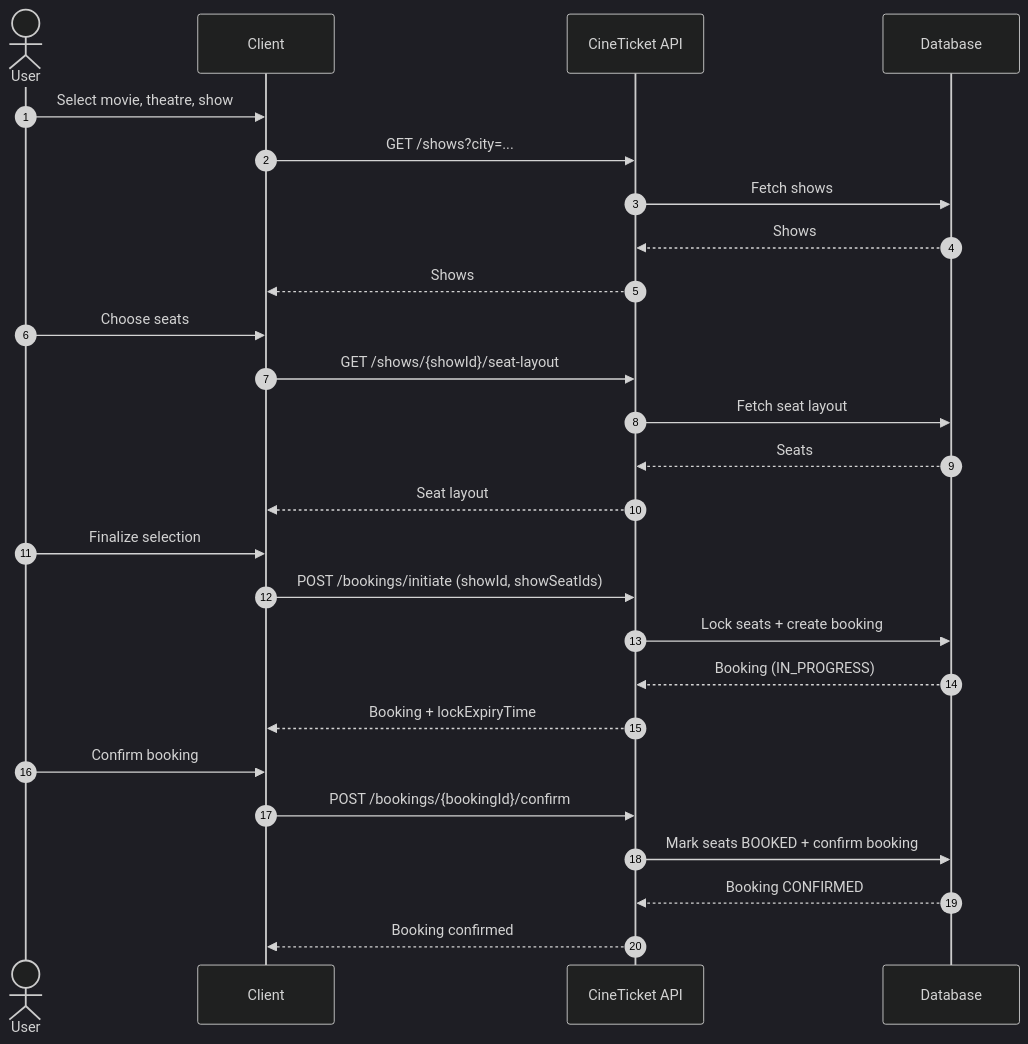
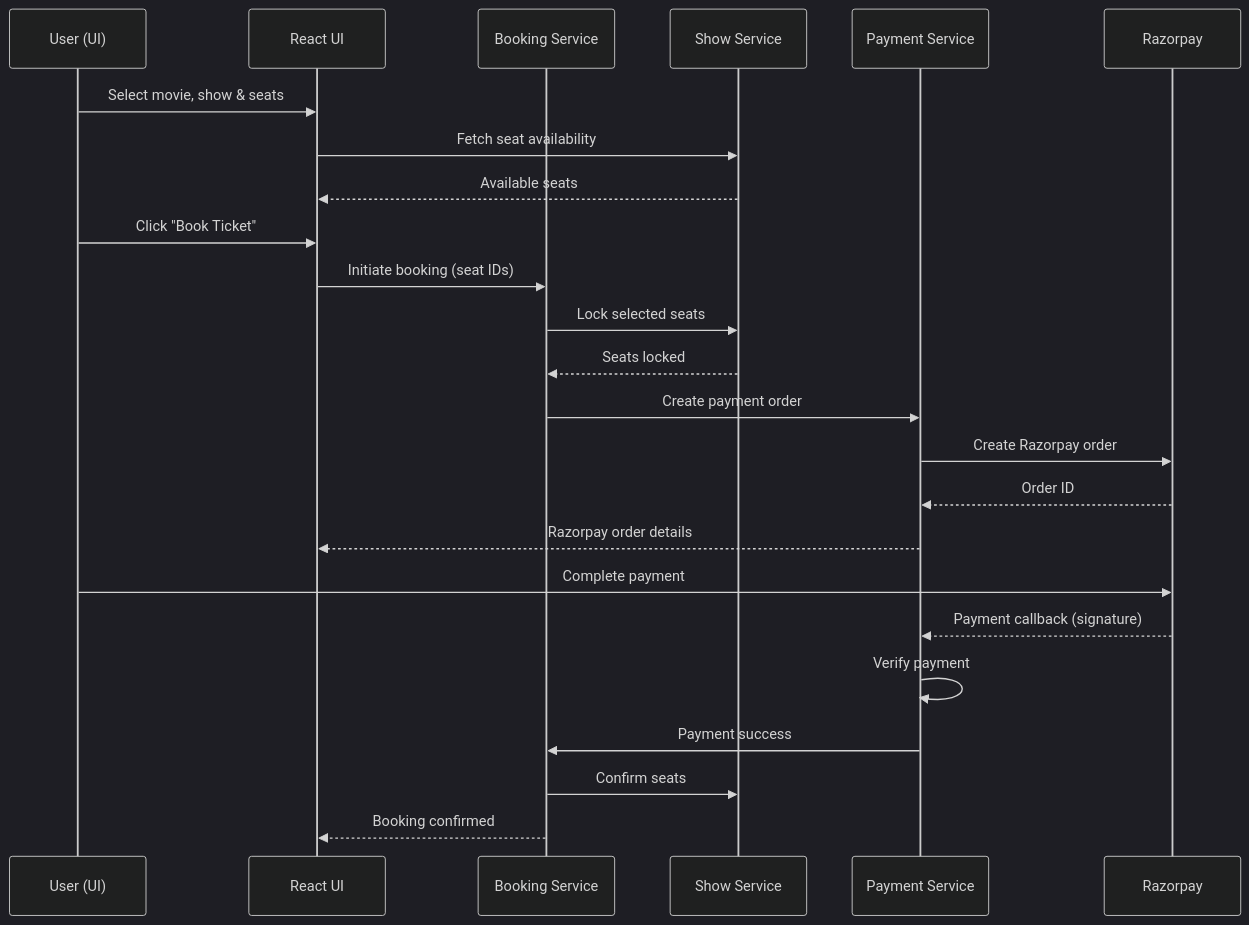
One commit to SameepHedaoo/CineTicket changed the first of 2 diagrams in README.md. Above: the diagram before and after it, drawn with Mermaid (dark theme). The commit also changed other lines of this file, not shown here.

````diff
--- a/README.md
+++ b/README.md
@@ -73,32 +77,31 @@
 ```mermaid
 sequenceDiagram
-    autonumber
-    actor User
-    participant Client
-    participant API as CineTicket API
-    participant DB as Database
+    participant U as User (UI)
+    participant UI as React UI
+    participant B as Booking Service
+    participant S as Show Service
+    participant P as Payment Service
+    participant R as Razorpay
 
-    User->>Client: Select movie, theatre, show
-    Client->>API: GET /shows?city=...
-    API->>DB: Fetch shows
-    DB-->>API: Shows
-    API-->>Client: Shows
+    U->>UI: Select movie, show & seats
+    UI->>S: Fetch seat availability
+    S-->>UI: Available seats
 
-    User->>Client: Choose seats
-    Client->>API: GET /shows/{showId}/seat-layout
-    API->>DB: Fetch seat layout
-    DB-->>API: Seats
-    API-->>Client: Seat layout
+    U->>UI: Click "Book Ticket"
+    UI->>B: Initiate booking (seat IDs)
+    B->>S: Lock selected seats
+    S-->>B: Seats locked
 
-    User->>Client: Finalize selection
-    Client->>API: POST /bookings/initiate (showId, showSeatIds)
-    API->>DB: Lock seats + create booking
-    DB-->>API: Booking (IN_PROGRESS)
-    API-->>Client: Booking + lockExpiryTime
+    B->>P: Create payment order
+    P->>R: Create Razorpay order
+    R-->>P: Order ID
+    P-->>UI: Razorpay order details
 
-    User->>Client: Confirm booking
-    Client->>API: POST /bookings/{bookingId}/confirm
-    API->>DB: Mark seats BOOKED + confirm booking
-    DB-->>API: Booking CONFIRMED
-    API-->>Client: Booking confirmed
+    U->>R: Complete payment
+    R-->>P: Payment callback (signature)
+    P->>P: Verify payment
+    P->>B: Payment success
+
+    B->>S: Confirm seats
+    B-->>UI: Booking confirmed
 ```
````
